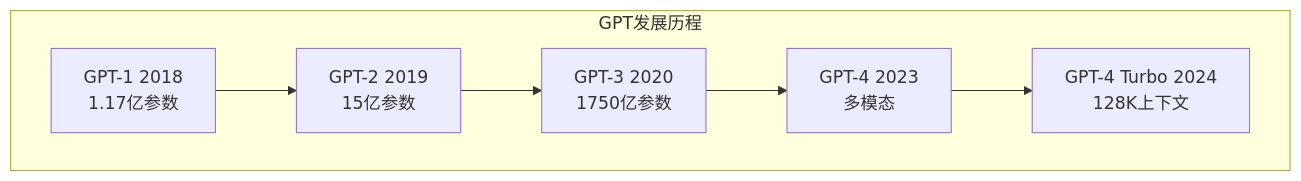
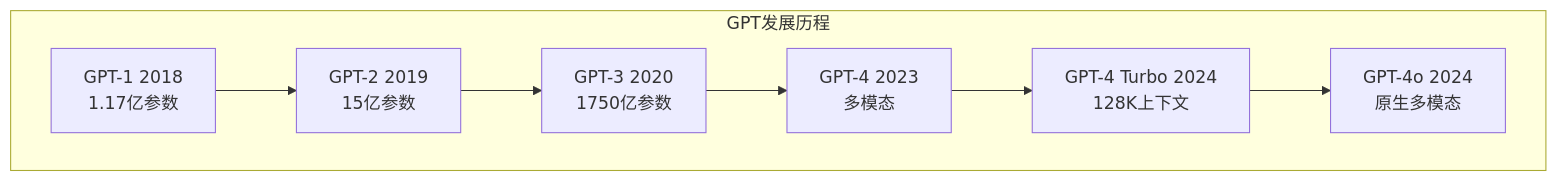
Before and after one commit to Xunzhuo/mini-sglang: diagram 12 of 19 in learning/website/docs/basics/02-language-model-history.md, drawn with Mermaid. The commit also changed other lines of this file and 7 other files, not shown here.

````diff
--- a/learning/website/docs/basics/02-language-model-history.md
+++ b/learning/website/docs/basics/02-language-model-history.md
@@ -282,9 +289,10 @@
 ```mermaid
 graph TB
     subgraph GPT发展历程
         G1[GPT-1 2018<br/>1.17亿参数] --> G2[GPT-2 2019<br/>15亿参数]
         G2 --> G3[GPT-3 2020<br/>1750亿参数]
         G3 --> G4[GPT-4 2023<br/>多模态]
         G4 --> G5[GPT-4 Turbo 2024<br/>128K上下文]
+        G5 --> G6[GPT-4o 2024<br/>原生多模态]
     end
 ```
````
